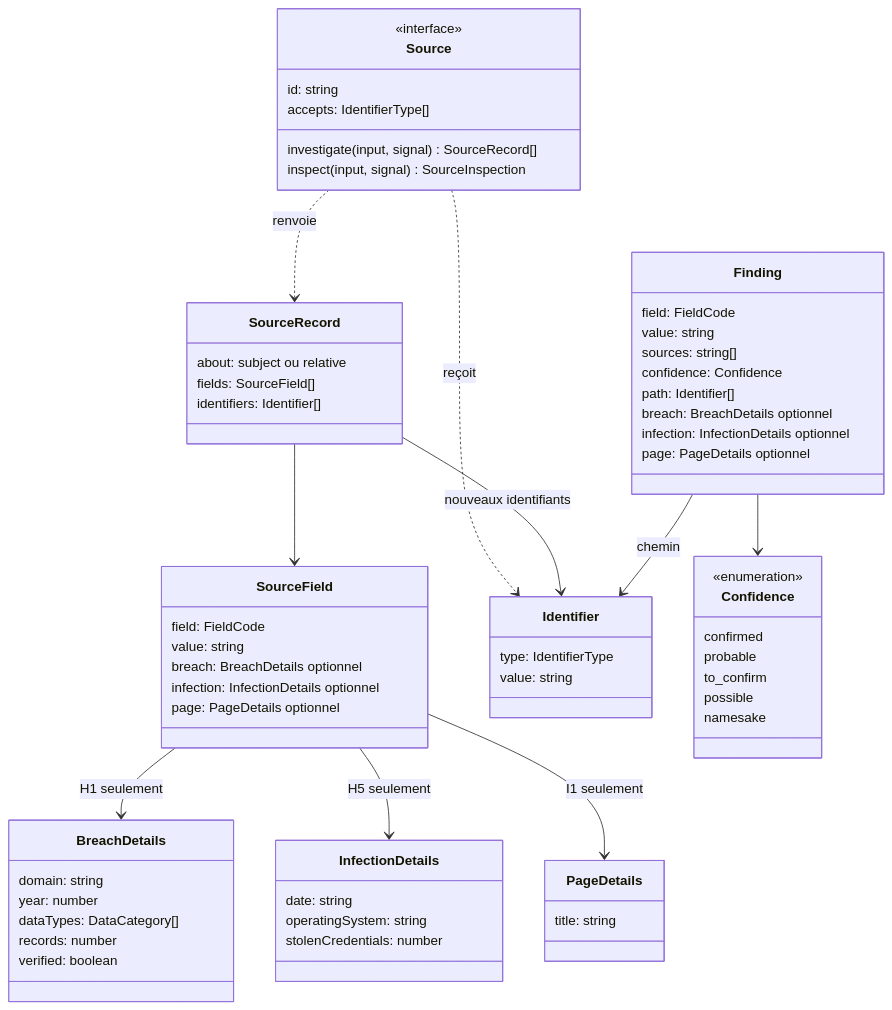
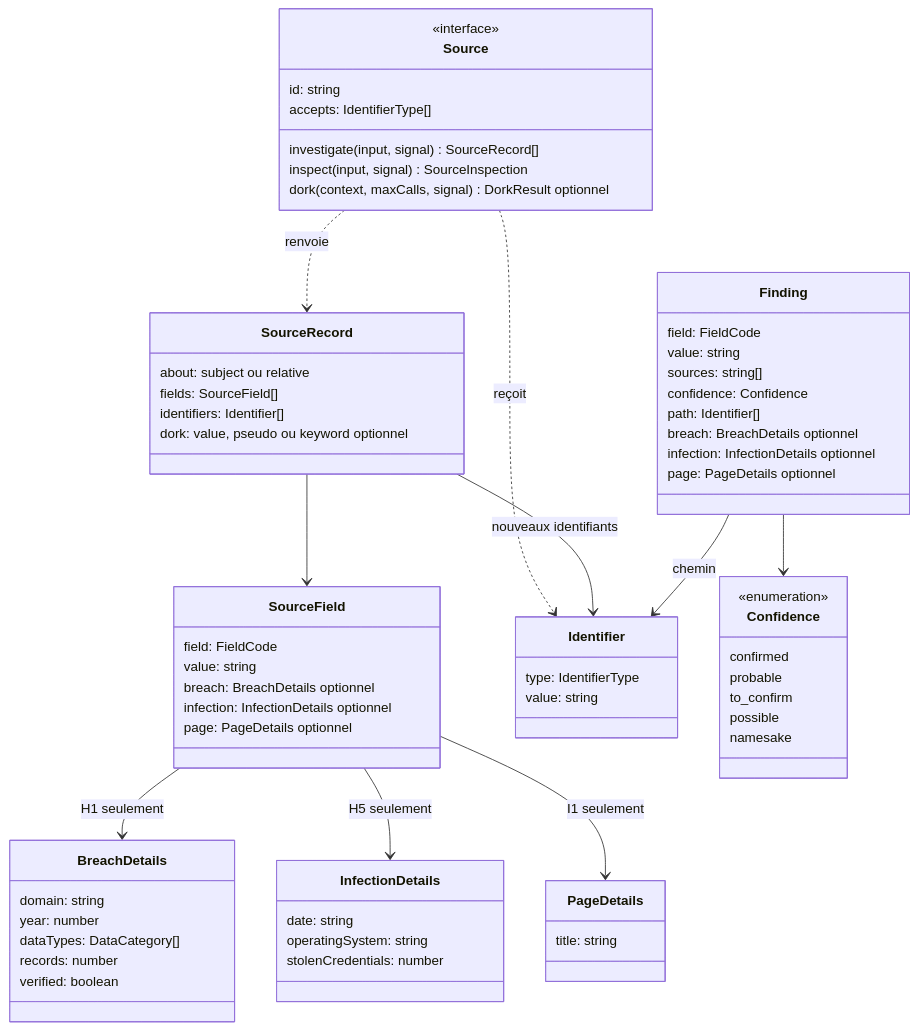
The second of 2 diagrams in docs/ARCHITECTURE.md (SaltyKeed/osint-open-doors), drawn with Mermaid before and after one commit. The commit also changed other lines of this file and 25 other files, not shown here.

````diff
--- a/docs/ARCHITECTURE.md
+++ b/docs/ARCHITECTURE.md
@@ -225,68 +225,70 @@
 ```mermaid
 classDiagram
     class Source {
         <<interface>>
         id: string
         accepts: IdentifierType[]
         investigate(input, signal) SourceRecord[]
         inspect(input, signal) SourceInspection
+        dork(context, maxCalls, signal) DorkResult optionnel
     }
     class SourceRecord {
         about: subject ou relative
         fields: SourceField[]
         identifiers: Identifier[]
+        dork: value, pseudo ou keyword optionnel
     }
     class SourceField {
         field: FieldCode
         value: string
         breach: BreachDetails optionnel
         infection: InfectionDetails optionnel
         page: PageDetails optionnel
     }
     class PageDetails {
         title: string
     }
     class InfectionDetails {
         date: string
         operatingSystem: string
         stolenCredentials: number
     }
     class BreachDetails {
         domain: string
         year: number
         dataTypes: DataCategory[]
         records: number
         verified: boolean
     }
     class Identifier {
         type: IdentifierType
         value: string
     }
     class Finding {
         field: FieldCode
         value: string
         sources: string[]
         confidence: Confidence
         path: Identifier[]
         breach: BreachDetails optionnel
         infection: InfectionDetails optionnel
         page: PageDetails optionnel
     }
     class Confidence {
         <<enumeration>>
         confirmed
         probable
         to_confirm
         possible
         namesake
     }
     Source ..> Identifier : reçoit
     Source ..> SourceRecord : renvoie
     SourceRecord --> SourceField
     SourceField --> BreachDetails : H1 seulement
     SourceField --> InfectionDetails : H5 seulement
     SourceField --> PageDetails : I1 seulement
     SourceRecord --> Identifier : nouveaux identifiants
     Finding --> Identifier : chemin
     Finding --> Confidence
 ```
````
